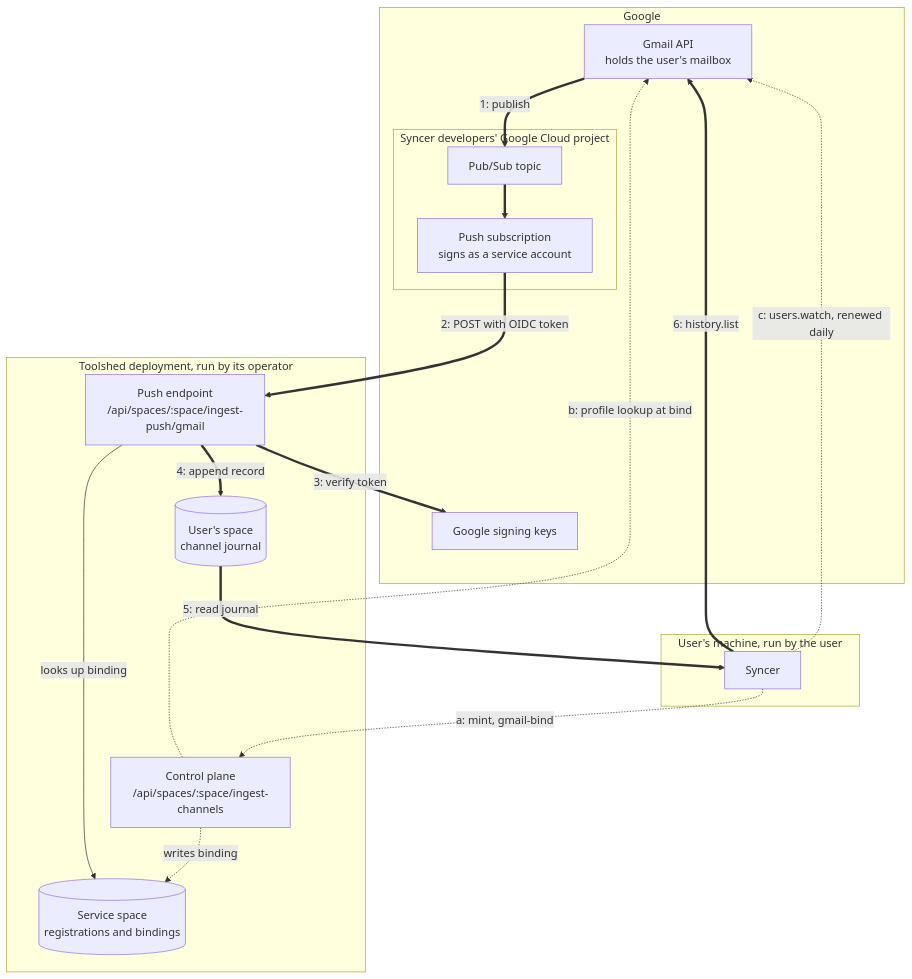
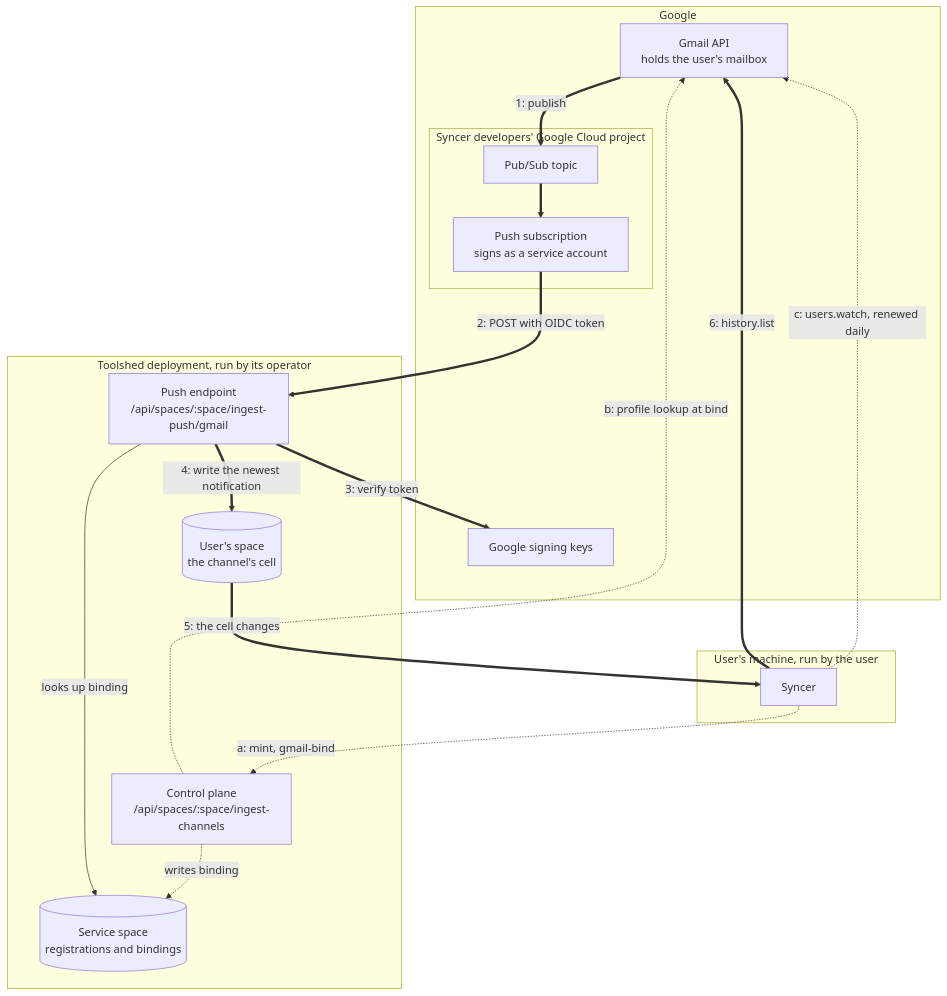
Before and after one commit to commonfabric/labs: the first of 3 diagrams in docs/features/gmail-push-architecture.md, drawn with Mermaid. The commit also changed other lines of this file and 18 other files, not shown here.

First line of the commit message:
feat(toolshed): a `latest` sink, which Gmail push writes to in place of a journal

````diff
--- a/docs/features/gmail-push-architecture.md
+++ b/docs/features/gmail-push-architecture.md
@@ -19,34 +19,34 @@
 ```mermaid
 flowchart TB
     subgraph google["Google"]
         gmail["Gmail API<br/>holds the user's mailbox"]
         keys["Google signing keys"]
         subgraph project["Syncer developers' Google Cloud project"]
             topic["Pub/Sub topic"]
             subscription["Push subscription<br/>signs as a service account"]
         end
     end
     subgraph toolshed["Toolshed deployment, run by its operator"]
         control["Control plane<br/>/api/spaces/:space/ingest-channels"]
         push["Push endpoint<br/>/api/spaces/:space/ingest-push/gmail"]
         service[("Service space<br/>registrations and bindings")]
-        userspace[("User's space<br/>channel journal")]
+        userspace[("User's space<br/>the channel's cell")]
     end
     subgraph machine["User's machine, run by the user"]
         syncer["Syncer"]
     end
 
     syncer -. "a: mint, gmail-bind" .-> control
     control -. "b: profile lookup at bind" .-> gmail
     control -. "writes binding" .-> service
     syncer -. "c: users.watch, renewed daily" .-> gmail
 
     gmail == "1: publish" ==> topic
     topic ==> subscription
     subscription == "2: POST with OIDC token" ==> push
     push == "3: verify token" ==> keys
     push -- "looks up binding" --> service
-    push == "4: append record" ==> userspace
-    userspace == "5: read journal" ==> syncer
+    push == "4: write the newest notification" ==> userspace
+    userspace == "5: the cell changes" ==> syncer
     syncer == "6: history.list" ==> gmail
 ```
````
